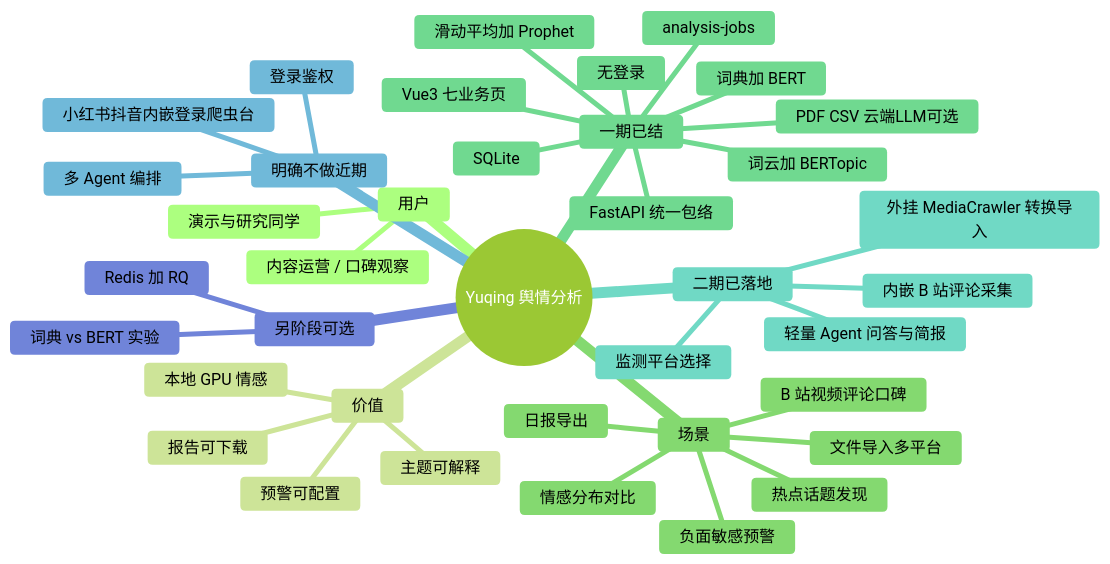
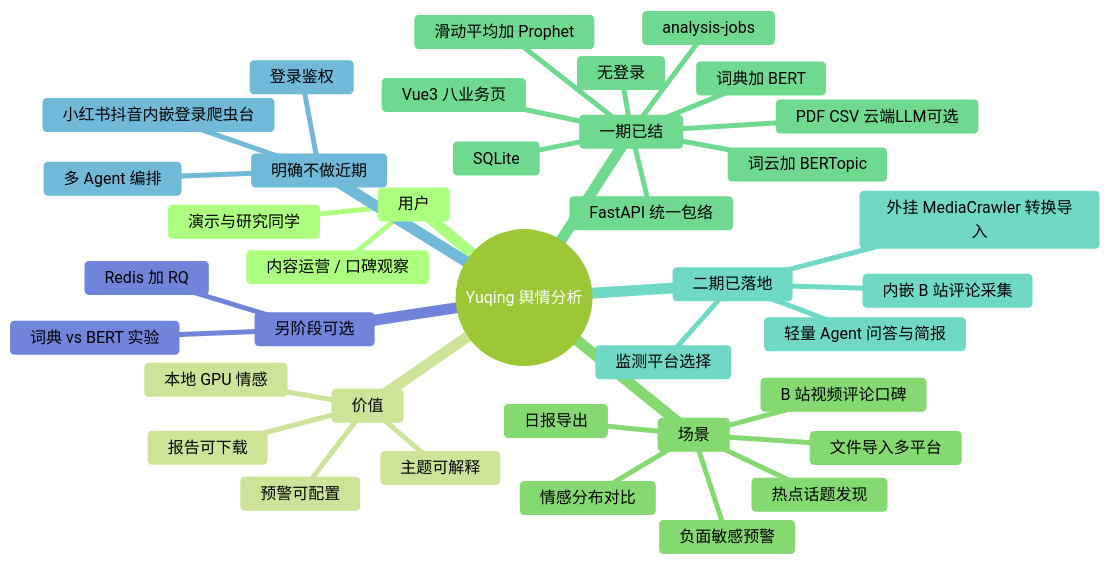
The seventh of 13 diagrams in docs/diagrams.md (LinJJ12/yuqing), drawn with Mermaid (forest theme) before and after one commit. The commit also changed other lines of this file and 34 other files, not shown here.

````diff
--- a/docs/diagrams.md
+++ b/docs/diagrams.md
@@ -113,41 +113,41 @@
 ```mermaid
 mindmap
   root((Yuqing 舆情分析))
     用户
       演示与研究同学
       内容运营 / 口碑观察
     价值
       本地 GPU 情感
       主题可解释
       预警可配置
       报告可下载
     场景
       B 站视频评论口碑
       文件导入多平台
       情感分布对比
       热点话题发现
       负面敏感预警
       日报导出
     一期已结
-      Vue3 七业务页
+      Vue3 八业务页
       FastAPI 统一包络
       SQLite
       词典加 BERT
       词云加 BERTopic
       滑动平均加 Prophet
       analysis-jobs
       PDF CSV 云端LLM可选
       无登录
     二期已落地
       外挂 MediaCrawler 转换导入
       内嵌 B 站评论采集
       监测平台选择
       轻量 Agent 问答与简报
     明确不做近期
       登录鉴权
       多 Agent 编排
       小红书抖音内嵌登录爬虫台
     另阶段可选
       词典 vs BERT 实验
       Redis 加 RQ
 ```
````
